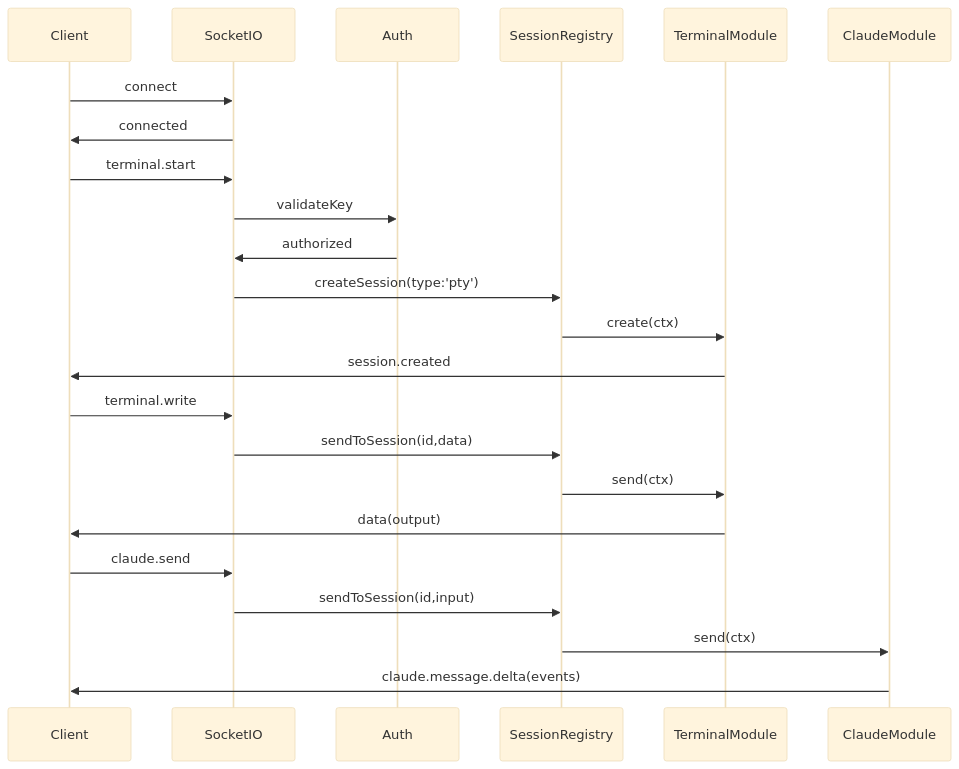
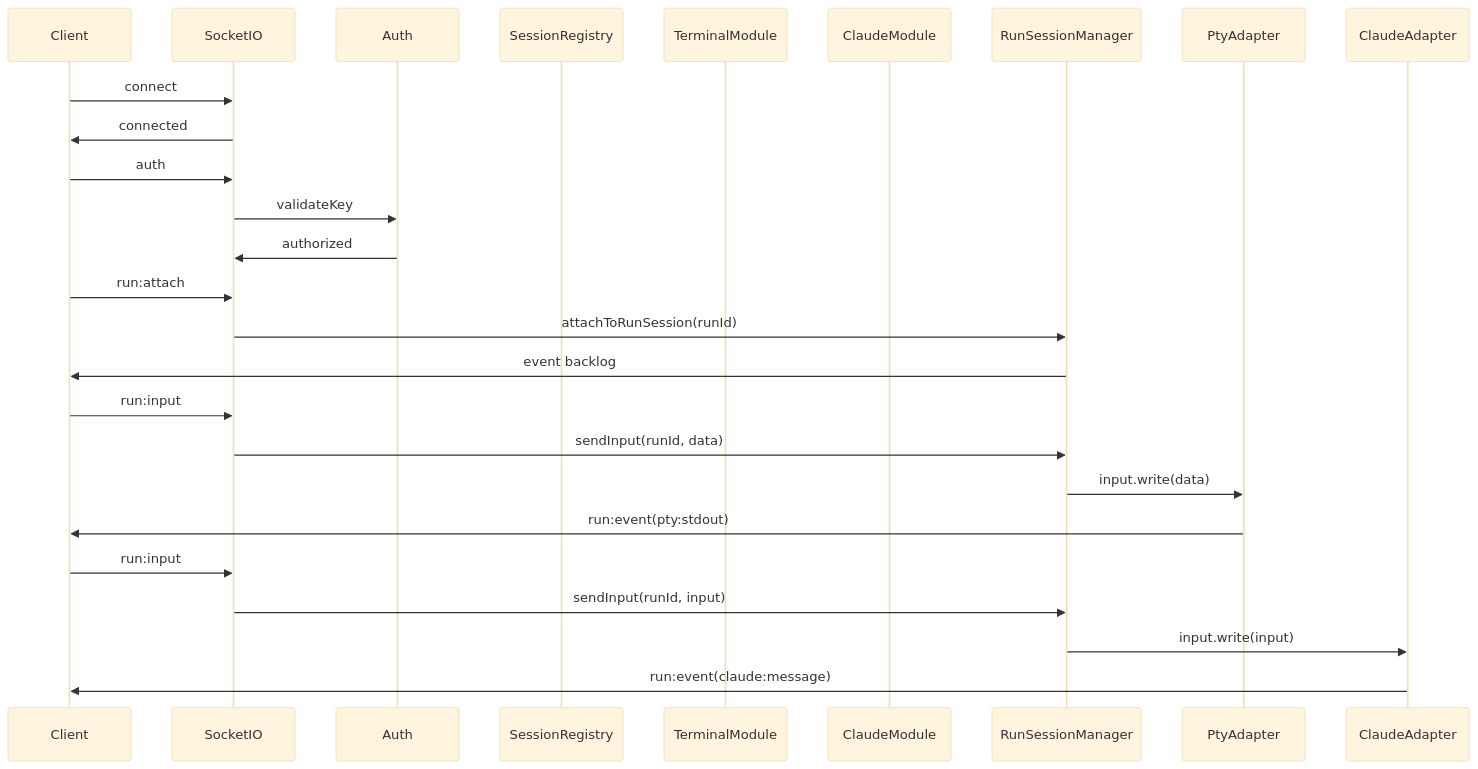
Before and after one commit to fwdslsh/dispatch: the sixth of 13 diagrams in docs/ARCHITECTURE.md, drawn with Mermaid (base theme). The commit also changed other lines of this file and 56 other files, not shown here.

````diff
--- a/docs/ARCHITECTURE.md
+++ b/docs/ARCHITECTURE.md
@@ -337,29 +326,30 @@
 ```mermaid
 sequenceDiagram
     participant Client
     participant SocketIO
     participant Auth
     participant SessionRegistry
     participant TerminalModule
     participant ClaudeModule
 
     Client->>SocketIO: connect
     SocketIO->>Client: connected
 
-    Client->>SocketIO: terminal.start
+    Client->>SocketIO: auth
     SocketIO->>Auth: validateKey
     Auth->>SocketIO: authorized
-    SocketIO->>SessionRegistry: createSession(type:'pty')
-    SessionRegistry->>TerminalModule: create(ctx)
-    TerminalModule->>Client: session.created
+    
+    Client->>SocketIO: run:attach
+    SocketIO->>RunSessionManager: attachToRunSession(runId)
+    RunSessionManager->>Client: event backlog
+    
+    Client->>SocketIO: run:input
+    SocketIO->>RunSessionManager: sendInput(runId, data)
+    RunSessionManager->>PtyAdapter: input.write(data)
+    PtyAdapter->>Client: run:event(pty:stdout)
 
-    Client->>SocketIO: terminal.write
-    SocketIO->>SessionRegistry: sendToSession(id,data)
-    SessionRegistry->>TerminalModule: send(ctx)
-    TerminalModule->>Client: data(output)
-
-    Client->>SocketIO: claude.send
-    SocketIO->>SessionRegistry: sendToSession(id,input)
-    SessionRegistry->>ClaudeModule: send(ctx)
-    ClaudeModule->>Client: claude.message.delta(events)
+    Client->>SocketIO: run:input  
+    SocketIO->>RunSessionManager: sendInput(runId, input)
+    RunSessionManager->>ClaudeAdapter: input.write(input)
+    ClaudeAdapter->>Client: run:event(claude:message)
 ```
````
